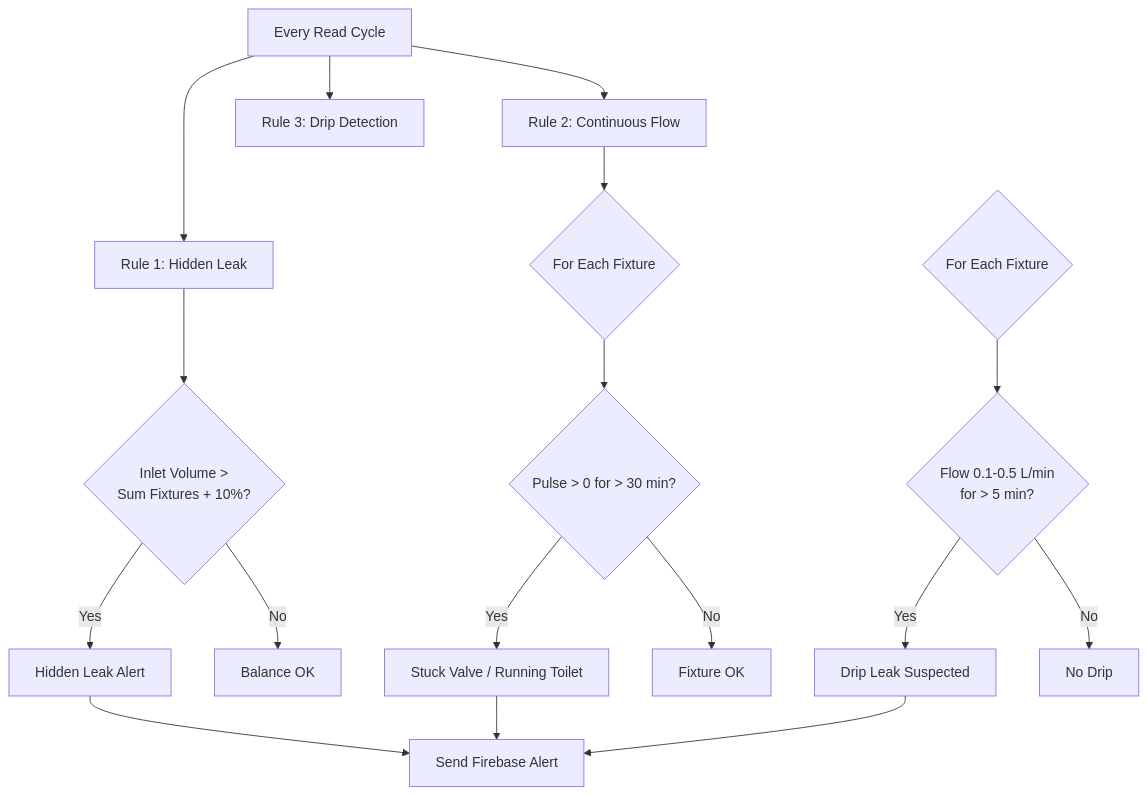
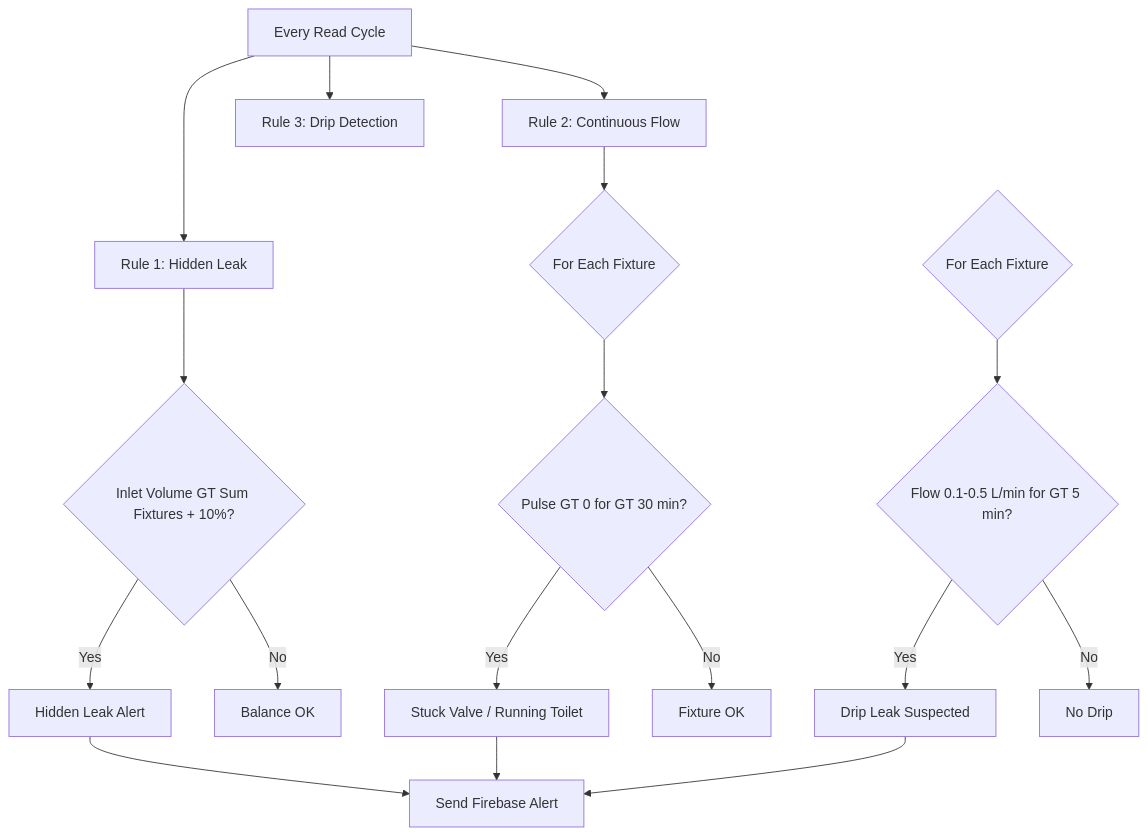
Before and after one commit to qppd/water-meter: the seventh of 8 diagrams in docs/flowchart.md, drawn with Mermaid. The commit also changed other lines of this file, not shown here.

Commit message:
Fix flowchart.md diagram 3: remove parentheses from node labels (millis(), >, < not supported by Mermaid)

````diff
--- a/docs/flowchart.md
+++ b/docs/flowchart.md
@@ -239,22 +239,22 @@
 ```mermaid
 flowchart TD
     Cycle[Every Read Cycle] --> Rule1[Rule 1: Hidden Leak]
-    Rule1 --> Check1{Inlet Volume ><br/>Sum Fixtures + 10%?}
+    Rule1 --> Check1{Inlet Volume GT Sum Fixtures + 10%?}
     Check1 -->|Yes| Alert1[Hidden Leak Alert]
     Check1 -->|No| OK1[Balance OK]
     
     Cycle --> Rule2[Rule 2: Continuous Flow]
     Rule2 --> Loop{For Each Fixture}
-    Loop --> Check2{Pulse > 0 for > 30 min?}
+    Loop --> Check2{Pulse GT 0 for GT 30 min?}
     Check2 -->|Yes| Alert2[Stuck Valve / Running Toilet]
     Check2 -->|No| OK2[Fixture OK]
     
     Cycle --> Rule3[Rule 3: Drip Detection]
-    Loop2{For Each Fixture} --> Check3{Flow 0.1-0.5 L/min<br/>for > 5 min?}
+    Loop2{For Each Fixture} --> Check3{Flow 0.1-0.5 L/min for GT 5 min?}
     Check3 -->|Yes| Alert3[Drip Leak Suspected]
     Check3 -->|No| OK3[No Drip]
     
     Alert1 --> FirebaseAlert[Send Firebase Alert]
     Alert2 --> FirebaseAlert
     Alert3 --> FirebaseAlert
 ```
````
